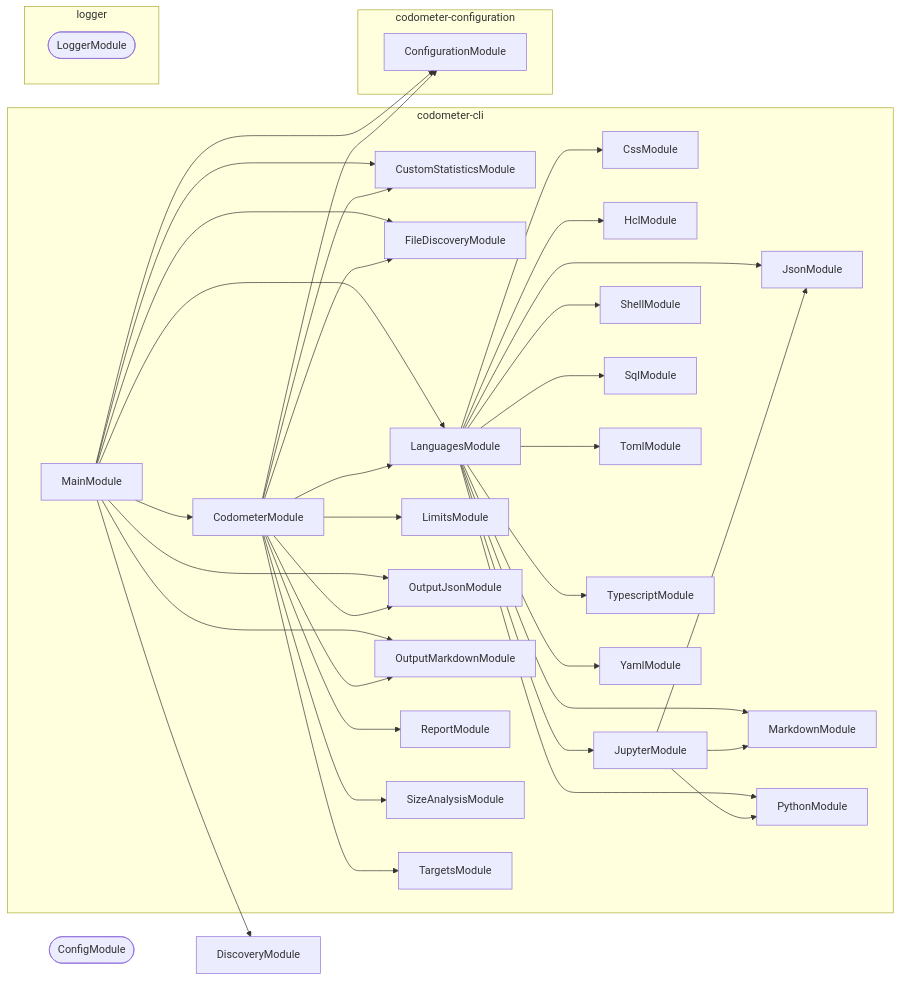
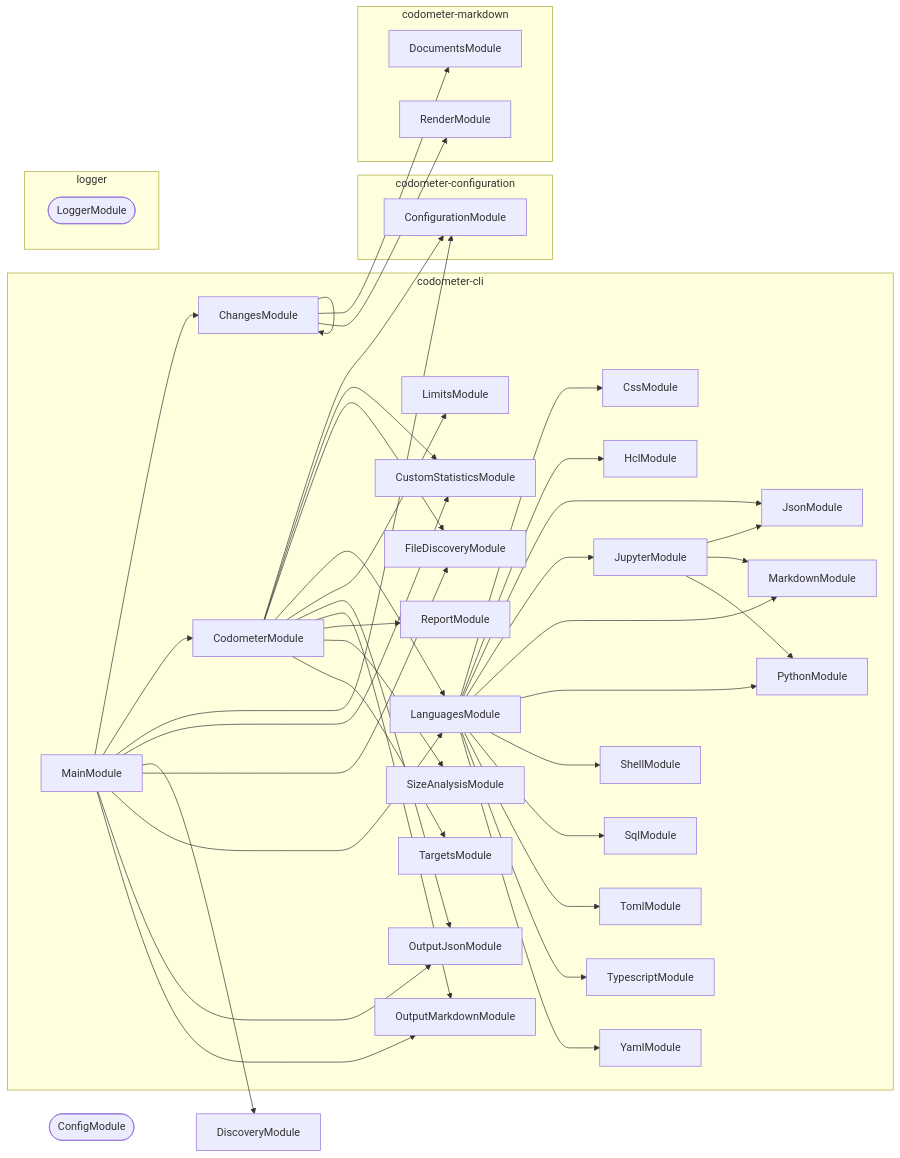
The second of 2 diagrams in packages/codometer-cli/README.md (JimmyPaolini/codebase), drawn with Mermaid before and after one commit. The commit also changed other lines of this file and 14 other files, not shown here.

````diff
--- a/packages/codometer-cli/README.md
+++ b/packages/codometer-cli/README.md
@@ -452,67 +454,76 @@
 ```mermaid
 flowchart LR
   subgraph group0["codometer-cli"]
+    ChangesModule
     CodometerModule
     CssModule
     CustomStatisticsModule
     FileDiscoveryModule
     HclModule
     JsonModule
     JupyterModule
     LanguagesModule
     LimitsModule
     MainModule
     MarkdownModule
     OutputJsonModule
     OutputMarkdownModule
     PythonModule
     ReportModule
     ShellModule
     SizeAnalysisModule
     SqlModule
     TargetsModule
     TomlModule
     TypescriptModule
     YamlModule
   end
   subgraph group1["codometer-configuration"]
     ConfigurationModule
   end
-  subgraph group2["logger"]
+  subgraph group2["codometer-markdown"]
+    DocumentsModule
+    RenderModule
+  end
+  subgraph group3["logger"]
     LoggerModule([LoggerModule])
   end
   ConfigModule([ConfigModule])
   DiscoveryModule
+  ChangesModule --> ChangesModule
+  ChangesModule --> DocumentsModule
+  ChangesModule --> RenderModule
   CodometerModule --> ConfigurationModule
   CodometerModule --> CustomStatisticsModule
   CodometerModule --> FileDiscoveryModule
   CodometerModule --> LanguagesModule
   CodometerModule --> LimitsModule
   CodometerModule --> OutputJsonModule
   CodometerModule --> OutputMarkdownModule
   CodometerModule --> ReportModule
   CodometerModule --> SizeAnalysisModule
   CodometerModule --> TargetsModule
   JupyterModule --> JsonModule
   JupyterModule --> MarkdownModule
   JupyterModule --> PythonModule
   LanguagesModule --> CssModule
   LanguagesModule --> HclModule
   LanguagesModule --> JsonModule
   LanguagesModule --> JupyterModule
   LanguagesModule --> MarkdownModule
   LanguagesModule --> PythonModule
   LanguagesModule --> ShellModule
   LanguagesModule --> SqlModule
   LanguagesModule --> TomlModule
   LanguagesModule --> TypescriptModule
   LanguagesModule --> YamlModule
+  MainModule --> ChangesModule
   MainModule --> CodometerModule
   MainModule --> ConfigurationModule
   MainModule --> CustomStatisticsModule
   MainModule --> DiscoveryModule
   MainModule --> FileDiscoveryModule
   MainModule --> LanguagesModule
   MainModule --> OutputJsonModule
   MainModule --> OutputMarkdownModule
 ```
````
